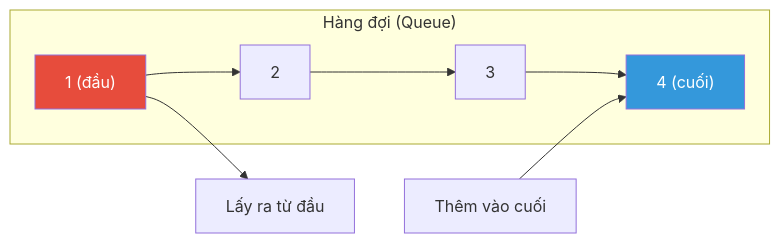
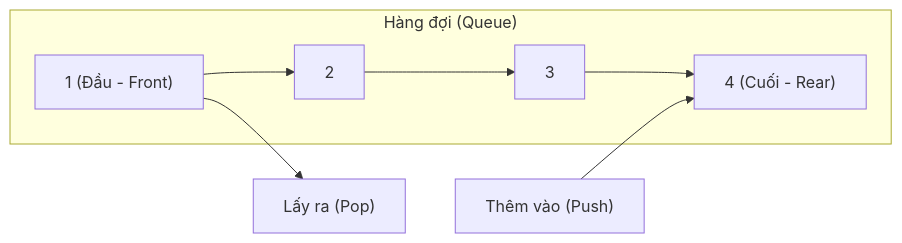
One commit to FPTOJ-OJ/fptoj_wiki changed the first of 3 diagrams in docs/lessons/queue.md. Above: the diagram before and after it, drawn with Mermaid. The commit also changed other lines of this file and 18 other files, not shown here.

First line of the commit message:
fix: LaTeX errors, mermaid theme switching, remove custom colors

````diff
--- a/docs/lessons/queue.md
+++ b/docs/lessons/queue.md
@@ -22,10 +17,8 @@
 ```mermaid
 graph LR
     subgraph "Hàng đợi (Queue)"
-        A["1 (đầu)"] --> B["2"] --> C["3"] --> D["4 (cuối)"]
+        A["1 (Đầu - Front)"] --> B["2"] --> C["3"] --> D["4 (Cuối - Rear)"]
     end
-    E["Thêm vào cuối"] --> D
-    A --> F["Lấy ra từ đầu"]
-    style A fill:#e74c3c,color:#fff
-    style D fill:#3498db,color:#fff
+    E["Thêm vào (Push)"] --> D
+    A --> F["Lấy ra (Pop)"]
 ```
````
